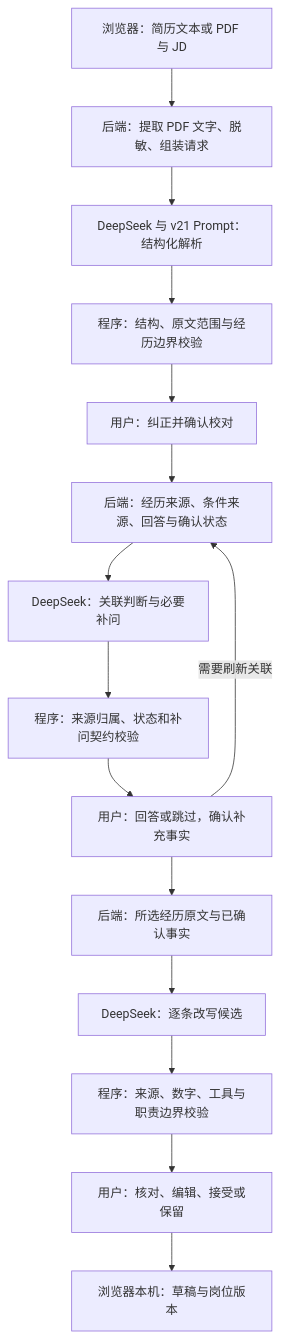
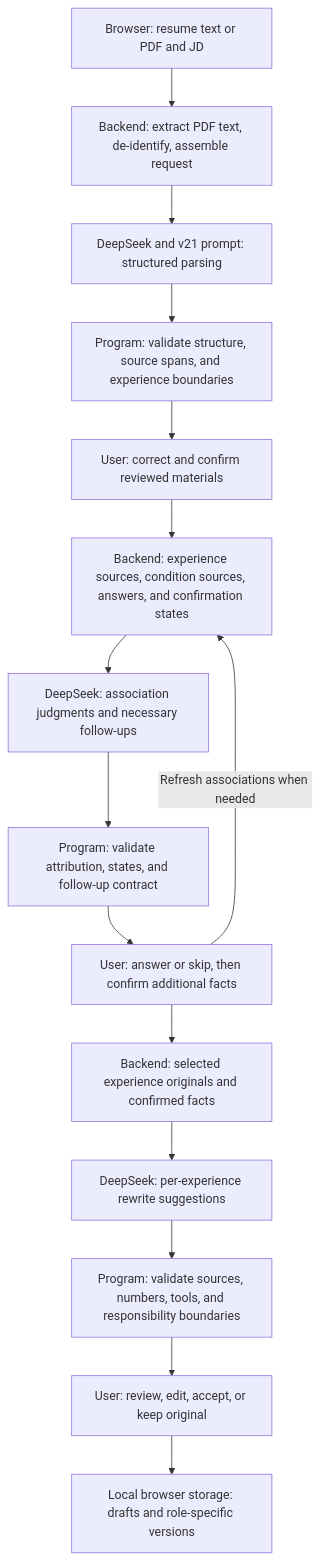
The diagram in docs/figures/ai-workflow.mmd (mxliu26/resume-tailor-assistant), drawn with Mermaid before and after one commit. The commit also changed 24 other files, not shown here.

```diff
--- a/docs/figures/ai-workflow.mmd
+++ b/docs/figures/ai-workflow.mmd
@@ -1,15 +1,15 @@
 flowchart TB
-  browserInput["浏览器：简历文本或 PDF 与 JD"] --> localPdf["后端：提取 PDF 文字、脱敏、组装请求"]
-  localPdf --> modelParse["DeepSeek 与 v21 Prompt：结构化解析"]
-  modelParse --> parseGuard["程序：结构、原文范围与经历边界校验"]
-  parseGuard --> humanReview["用户：纠正并确认校对"]
-  humanReview --> analyzeContext["后端：经历来源、条件来源、回答与确认状态"]
-  analyzeContext --> modelAnalyze["DeepSeek：关联判断与必要补问"]
-  modelAnalyze --> analyzeGuard["程序：来源归属、状态和补问契约校验"]
-  analyzeGuard --> humanAnswer["用户：回答或跳过，确认补充事实"]
-  humanAnswer -->|"需要刷新关联"| analyzeContext
-  humanAnswer --> rewriteContext["后端：所选经历原文与已确认事实"]
-  rewriteContext --> modelRewrite["DeepSeek：逐条改写候选"]
-  modelRewrite --> rewriteGuard["程序：来源、数字、工具与职责边界校验"]
-  rewriteGuard --> humanEdit["用户：核对、编辑、接受或保留"]
-  humanEdit --> browserStore["浏览器本机：草稿与岗位版本"]
+  browserInput["Browser: resume text or PDF and JD"] --> localPdf["Backend: extract PDF text, de-identify, assemble request"]
+  localPdf --> modelParse["DeepSeek and v21 prompt: structured parsing"]
+  modelParse --> parseGuard["Program: validate structure, source spans, and experience boundaries"]
+  parseGuard --> humanReview["User: correct and confirm reviewed materials"]
+  humanReview --> analyzeContext["Backend: experience sources, condition sources, answers, and confirmation states"]
+  analyzeContext --> modelAnalyze["DeepSeek: association judgments and necessary follow-ups"]
+  modelAnalyze --> analyzeGuard["Program: validate attribution, states, and follow-up contract"]
+  analyzeGuard --> humanAnswer["User: answer or skip, then confirm additional facts"]
+  humanAnswer -->|"Refresh associations when needed"| analyzeContext
+  humanAnswer --> rewriteContext["Backend: selected experience originals and confirmed facts"]
+  rewriteContext --> modelRewrite["DeepSeek: per-experience rewrite suggestions"]
+  modelRewrite --> rewriteGuard["Program: validate sources, numbers, tools, and responsibility boundaries"]
+  rewriteGuard --> humanEdit["User: review, edit, accept, or keep original"]
+  humanEdit --> browserStore["Local browser storage: drafts and role-specific versions"]
```
